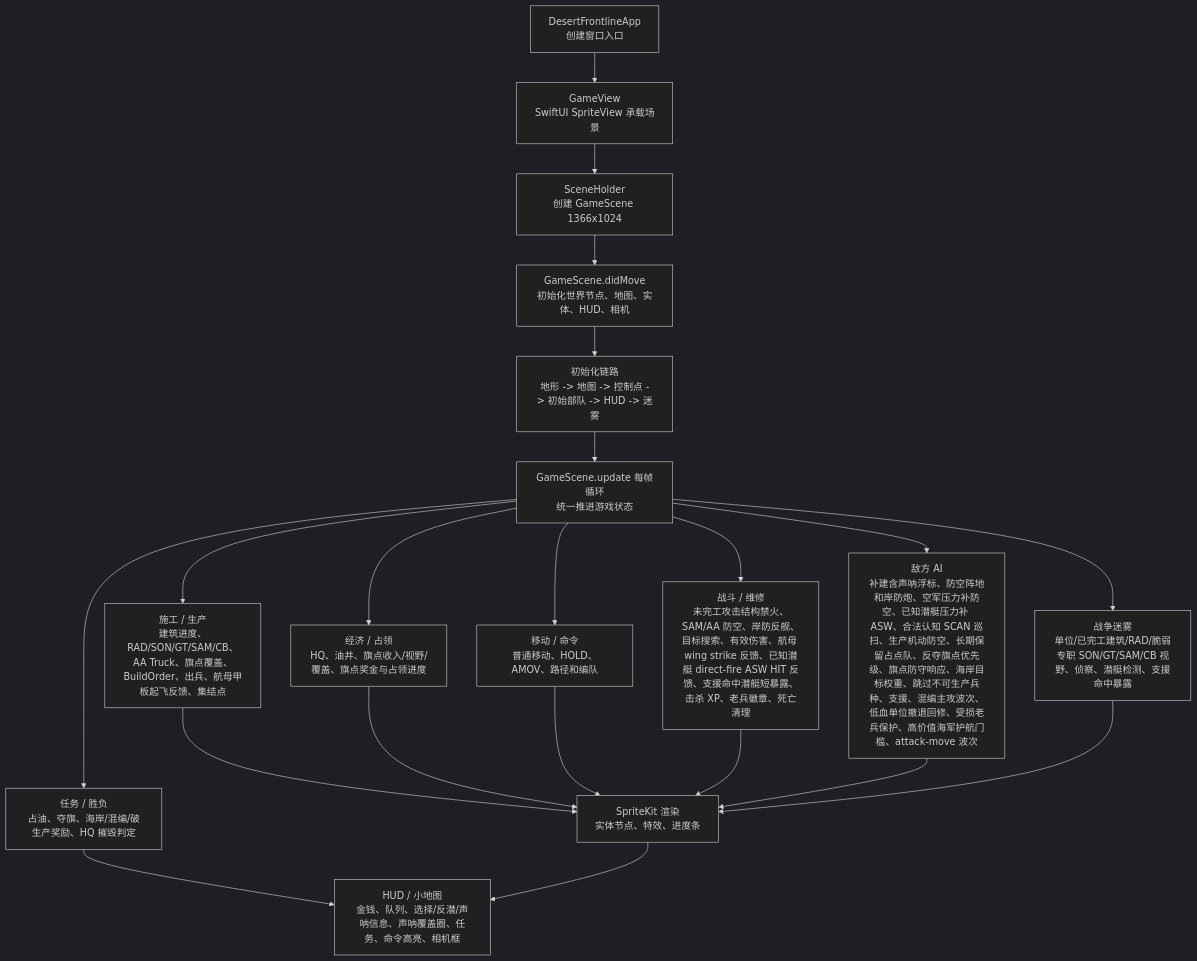
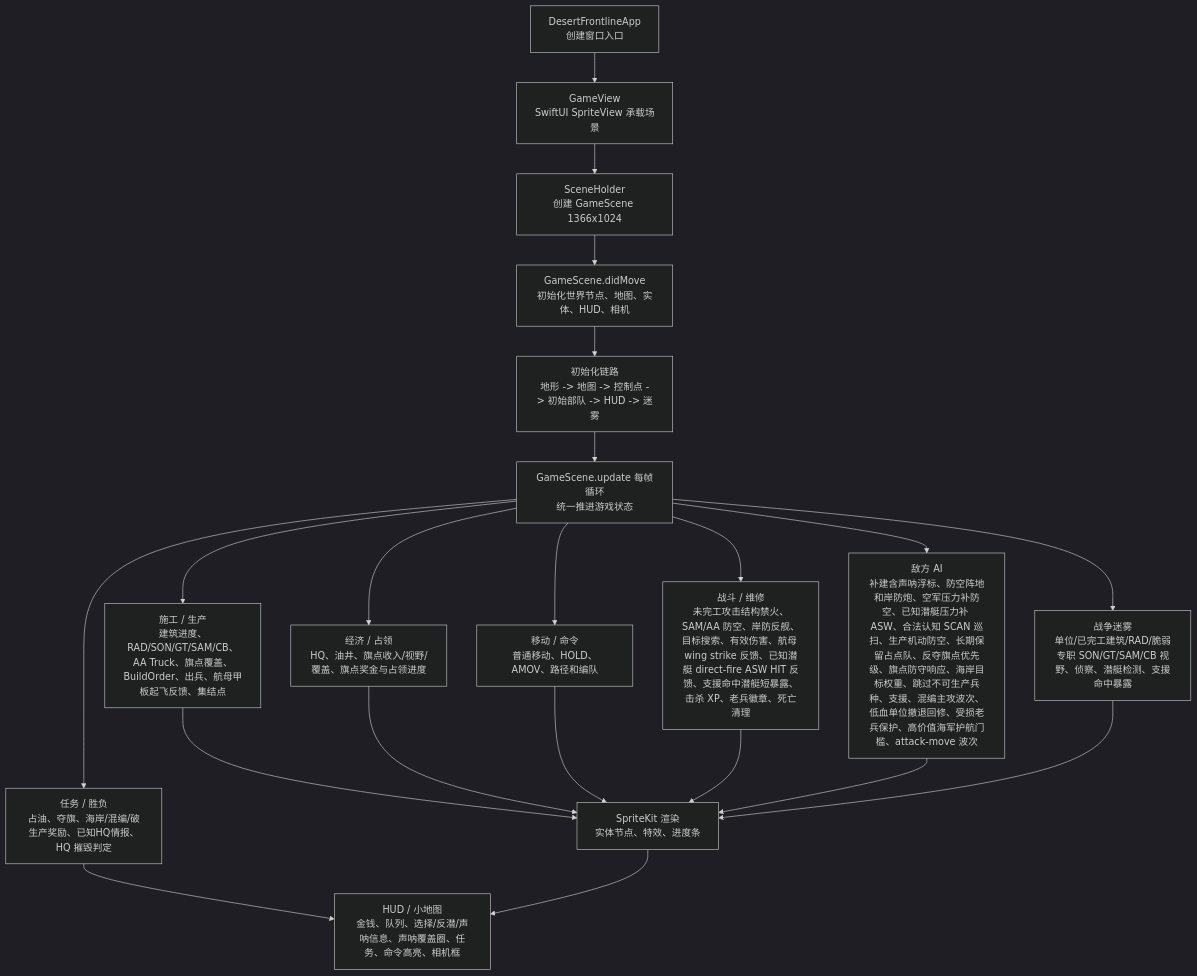
One commit to Altman-sam114/1145 changed the first of 3 diagrams in md/flow/flowchart.md. Above: the diagram before and after it, drawn with Mermaid (dark theme). The commit also changed 4 other files, not shown here.

````diff
--- a/md/flow/flowchart.md
+++ b/md/flow/flowchart.md
@@ -9,23 +9,23 @@
 ```mermaid
 flowchart TD
   App["DesertFrontlineApp\n创建窗口入口"] --> View["GameView\nSwiftUI SpriteView 承载场景"]
   View --> Holder["SceneHolder\n创建 GameScene 1366x1024"]
   Holder --> Scene["GameScene.didMove\n初始化世界节点、地图、实体、HUD、相机"]
   Scene --> Init["初始化链路\n地形 -> 地图 -> 控制点 -> 初始部队 -> HUD -> 迷雾"]
   Init --> Loop["GameScene.update 每帧循环\n统一推进游戏状态"]
   Loop --> Build["施工 / 生产\n建筑进度、RAD/SON/GT/SAM/CB、AA Truck、旗点覆盖、BuildOrder、出兵、航母甲板起飞反馈、集结点"]
   Loop --> Economy["经济 / 占领\nHQ、油井、旗点收入/视野/覆盖、旗点奖金与占领进度"]
   Loop --> Commands["移动 / 命令\n普通移动、HOLD、AMOV、路径和编队"]
   Loop --> Combat["战斗 / 维修\n未完工攻击结构禁火、SAM/AA 防空、岸防反舰、目标搜索、有效伤害、航母 wing strike 反馈、已知潜艇 direct-fire ASW HIT 反馈、支援命中潜艇短暴露、击杀 XP、老兵徽章、死亡清理"]
   Loop --> AI["敌方 AI\n补建含声呐浮标、防空阵地和岸防炮、空军压力补防空、已知潜艇压力补 ASW、合法认知 SCAN 巡扫、生产机动防空、长期保留占点队、反夺旗点优先级、旗点防守响应、海岸目标权重、跳过不可生产兵种、支援、混编主攻波次、低血单位撤退回修、受损老兵保护、高价值海军护航门槛、attack-move 波次"]
   Loop --> Fog["战争迷雾\n单位/已完工建筑/RAD/脆弱专职 SON/GT/SAM/CB 视野、侦察、潜艇检测、支援命中暴露"]
-  Loop --> Mission["任务 / 胜负\n占油、夺旗、海岸/混编/破生产奖励、HQ 摧毁判定"]
+  Loop --> Mission["任务 / 胜负\n占油、夺旗、海岸/混编/破生产奖励、已知HQ情报、HQ 摧毁判定"]
   Build --> Render["SpriteKit 渲染\n实体节点、特效、进度条"]
   Economy --> Render
   Commands --> Render
   Combat --> Render
   AI --> Render
   Fog --> Render
   Mission --> HUD["HUD / 小地图\n金钱、队列、选择/反潜/声呐信息、声呐覆盖圈、任务、命令高亮、相机框"]
   Render --> HUD
 ```
````
